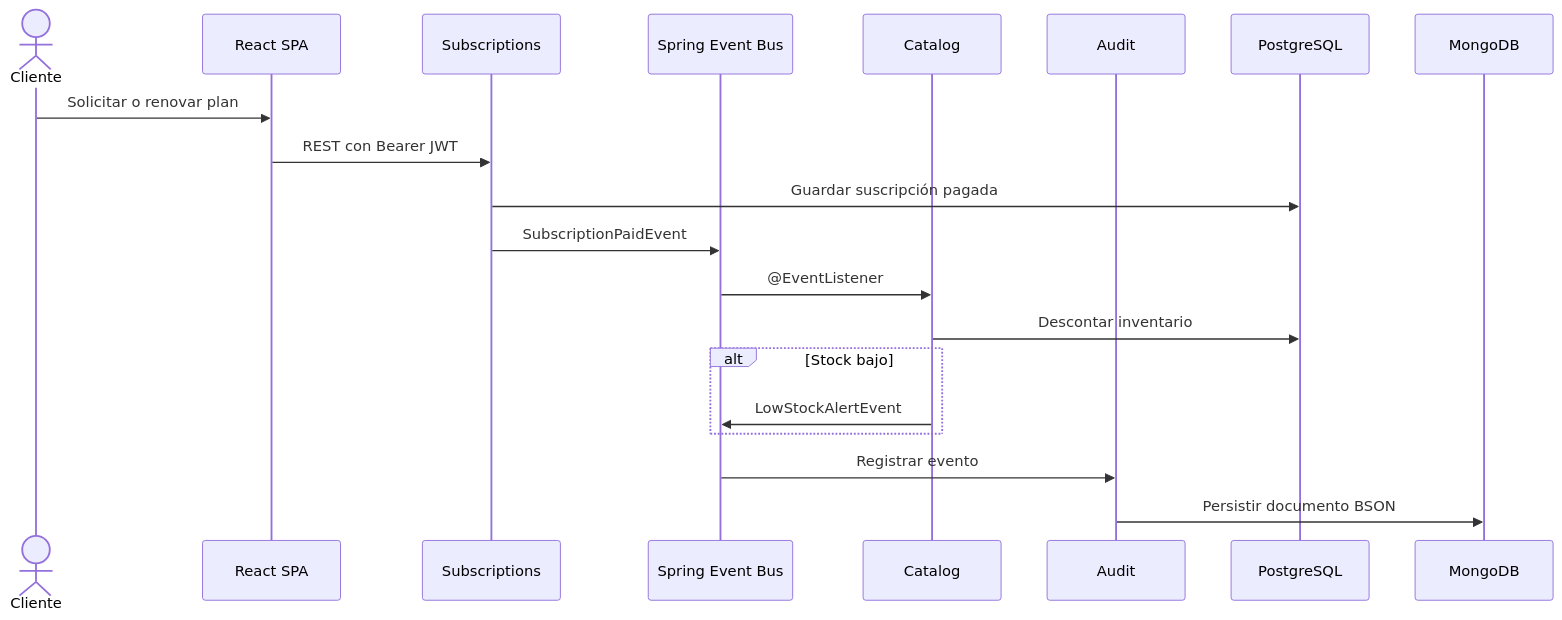
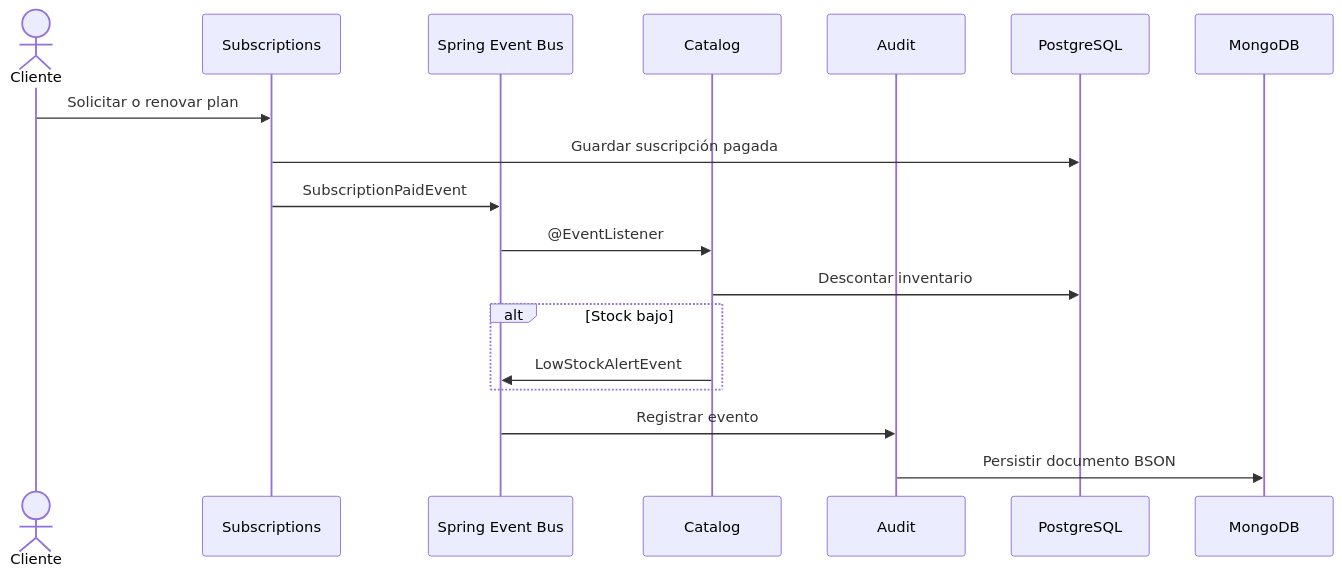
One commit to CatalinaOrmeno/CoffeeHub-API changed the second of 2 diagrams in docs/INFRASTRUCTURE.md. Above: the diagram before and after it, drawn with Mermaid. The commit also changed other lines of this file and 32 other files, not shown here.

````diff
--- a/docs/INFRASTRUCTURE.md
+++ b/docs/INFRASTRUCTURE.md
@@ -48,23 +41,21 @@
 ```mermaid
 sequenceDiagram
   actor C as Cliente
-  participant P as React SPA
   participant S as Subscriptions
   participant B as Spring Event Bus
   participant I as Catalog
   participant A as Audit
   participant DB as PostgreSQL
   participant M as MongoDB
 
-  C->>P: Solicitar o renovar plan
-  P->>S: REST con Bearer JWT
+  C->>S: Solicitar o renovar plan
   S->>DB: Guardar suscripción pagada
   S->>B: SubscriptionPaidEvent
   B->>I: @EventListener
   I->>DB: Descontar inventario
   alt Stock bajo
     I->>B: LowStockAlertEvent
   end
   B->>A: Registrar evento
   A->>M: Persistir documento BSON
 ```
````
